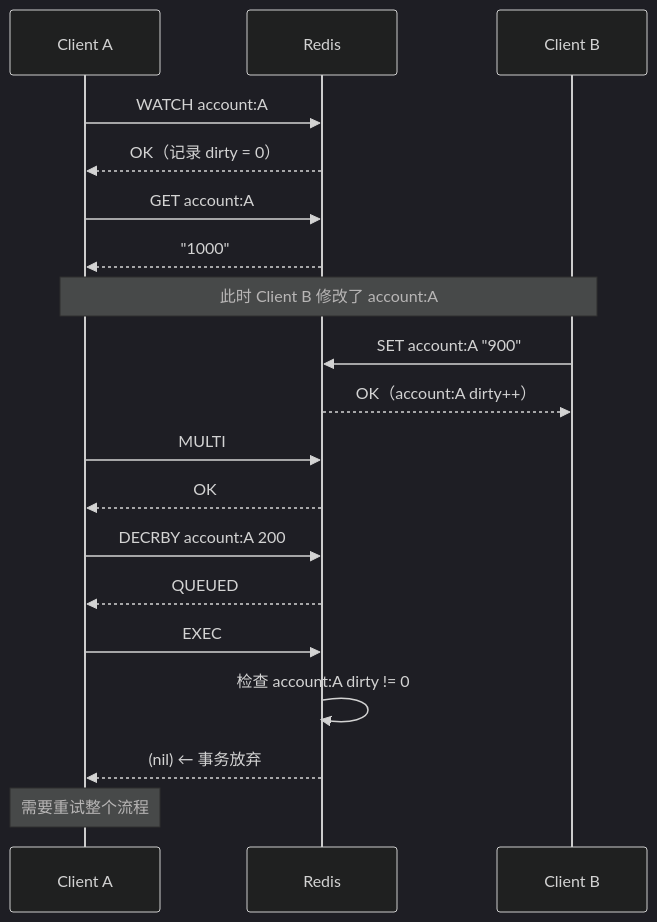
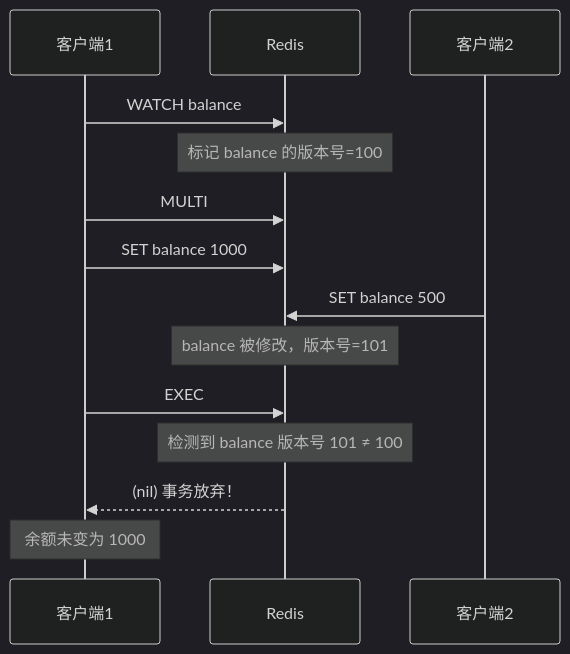
One commit to moklgydocs/moklgydocs.github.io changed the first of 2 diagrams in src/后端开发/Redis/07_高级特性/01_事务与WATCH.md. Above: the diagram before and after it, drawn with Mermaid (dark theme). The commit also changed other lines of this file and 14 other files, not shown here.

````diff
--- a/src/后端开发/Redis/07_高级特性/01_事务与WATCH.md
+++ b/src/后端开发/Redis/07_高级特性/01_事务与WATCH.md
@@ -381,29 +143,19 @@
 ```mermaid
 sequenceDiagram
-    participant A as Client A
+    participant C1 as 客户端1
     participant R as Redis
-    participant B as Client B
+    participant C2 as 客户端2
 
-    A->>R: WATCH account:A
-    R-->>A: OK（记录 dirty = 0）
+    C1->>R: WATCH balance
+    Note over R: 标记 balance 的版本号=100
+    C1->>R: MULTI
+    C1->>R: SET balance 1000
 
-    A->>R: GET account:A
-    R-->>A: "1000"
+    C2->>R: SET balance 500
+    Note over R: balance 被修改，版本号=101
 
-    Note over A,B: 此时 Client B 修改了 account:A
-
-    B->>R: SET account:A "900"
-    R-->>B: OK（account:A dirty++）
-
-    A->>R: MULTI
-    R-->>A: OK
-
-    A->>R: DECRBY account:A 200
-    R-->>A: QUEUED
-
-    A->>R: EXEC
-    R->>R: 检查 account:A dirty != 0
-    R-->>A: (nil) ← 事务放弃
-
-    Note over A: 需要重试整个流程
+    C1->>R: EXEC
+    Note over R: 检测到 balance 版本号 101 ≠ 100
+    R-->>C1: (nil) 事务放弃！
+    Note over C1: 余额未变为 1000
 ```
````
